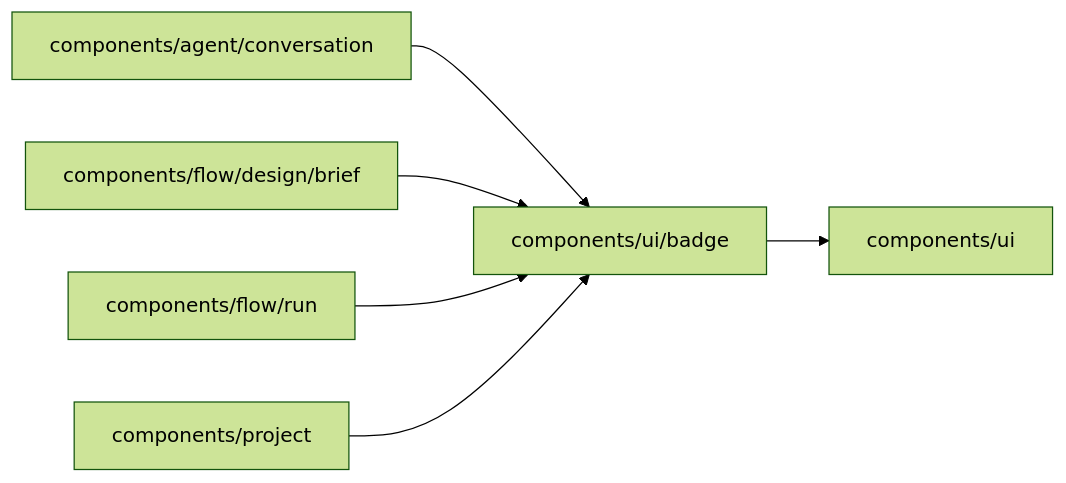
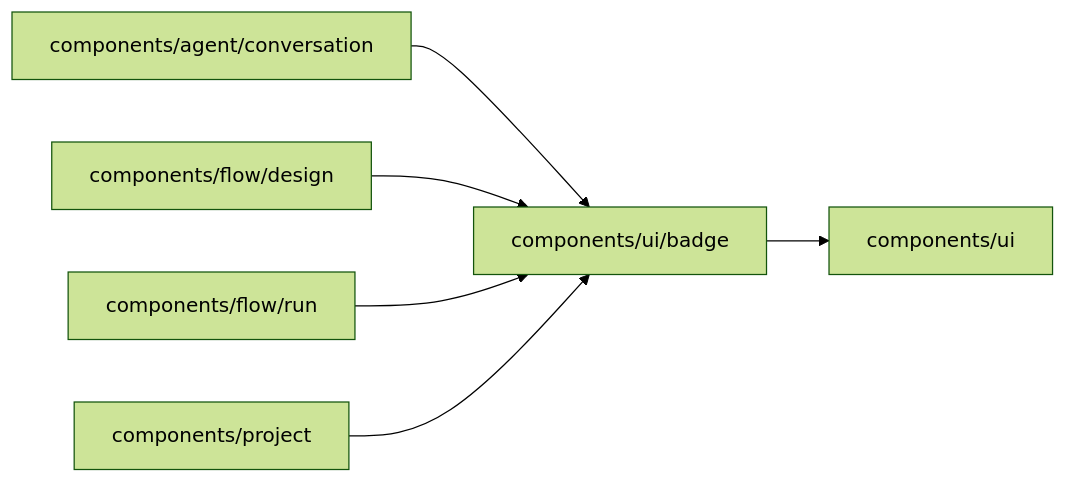
One commit to superdurable/superverse changed the diagram in web/studio/components/ui/badge/README.md. Above: the diagram before and after it, drawn with Mermaid (forest theme). The commit also changed other lines of this file and 42 other files, not shown here.

First line of the commit message:
FLOWTAB: The canvas leads the Flow tab, and the Brief becomes a transient summary line

````diff
--- a/web/studio/components/ui/badge/README.md
+++ b/web/studio/components/ui/badge/README.md
@@ -10,9 +10,9 @@
 ```mermaid
 flowchart LR
   self["components/ui/badge"]
   c0["components/agent/conversation"] --> self
-  c1["components/flow/design/brief"] --> self
+  c1["components/flow/design"] --> self
   c2["components/flow/run"] --> self
   c3["components/project"] --> self
   self --> d0["components/ui"]
 ```
````
